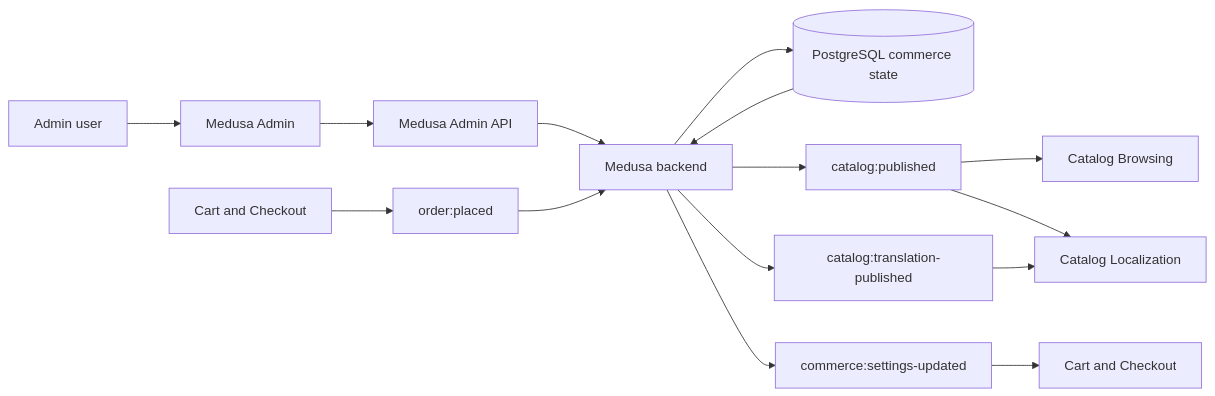
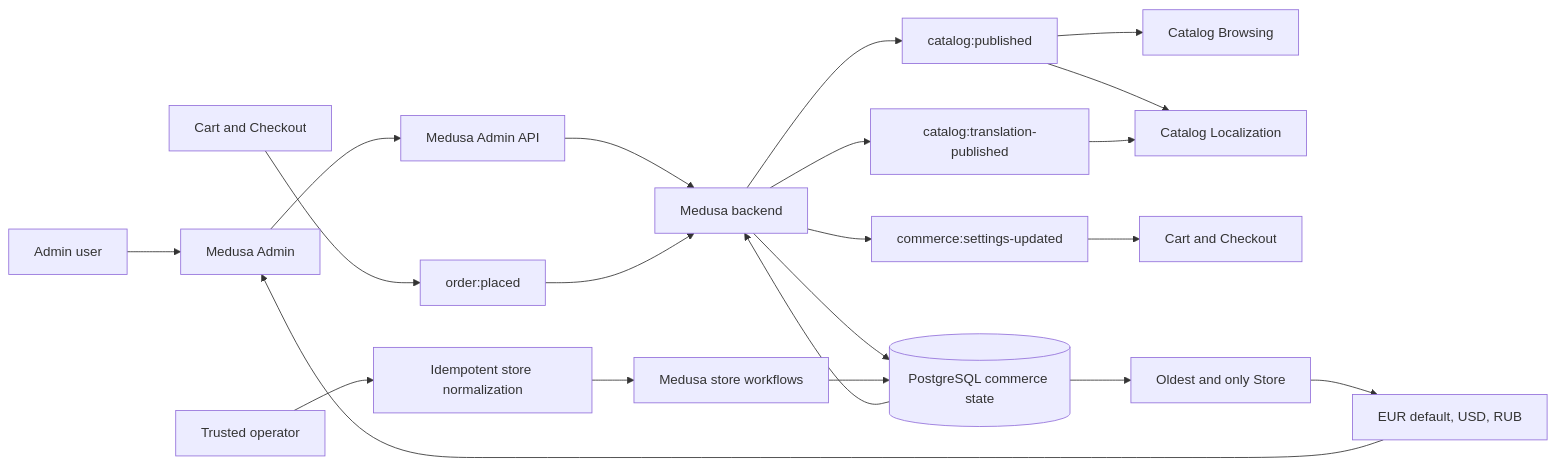
Before and after one commit to AtoshaKartosha/sunluk: the third of 3 diagrams in flows/features/admin-operations.md, drawn with Mermaid. The commit also changed other lines of this file, not shown here.

Commit message:
docs(flows): approve store normalization

````diff
--- a/flows/features/admin-operations.md
+++ b/flows/features/admin-operations.md
@@ -128,17 +153,23 @@
 ```mermaid
 flowchart LR
   Manager[Admin user] --> AdminUI[Medusa Admin]
   AdminUI --> AdminAPI[Medusa Admin API]
   AdminAPI --> Backend[Medusa backend]
   Backend --> DB[(PostgreSQL commerce state)]
   DB --> Backend
   Backend --> CatalogEvent[catalog:published]
   Backend --> TranslationEvent[catalog:translation-published]
   Backend --> SettingsEvent[commerce:settings-updated]
   Checkout[Cart and Checkout] --> OrderEvent[order:placed]
   OrderEvent --> Backend
   CatalogEvent --> Catalog[Catalog Browsing]
   CatalogEvent --> Localization[Catalog Localization]
   TranslationEvent --> Localization
   SettingsEvent --> Cart[Cart and Checkout]
+  Operator[Trusted operator] --> NormalizeScript[Idempotent store normalization]
+  NormalizeScript --> StoreWorkflows[Medusa store workflows]
+  StoreWorkflows --> DB
+  DB --> ActiveStore[Oldest and only Store]
+  ActiveStore --> SupportedCurrencies[EUR default, USD, RUB]
+  SupportedCurrencies --> AdminUI
 ```
````
